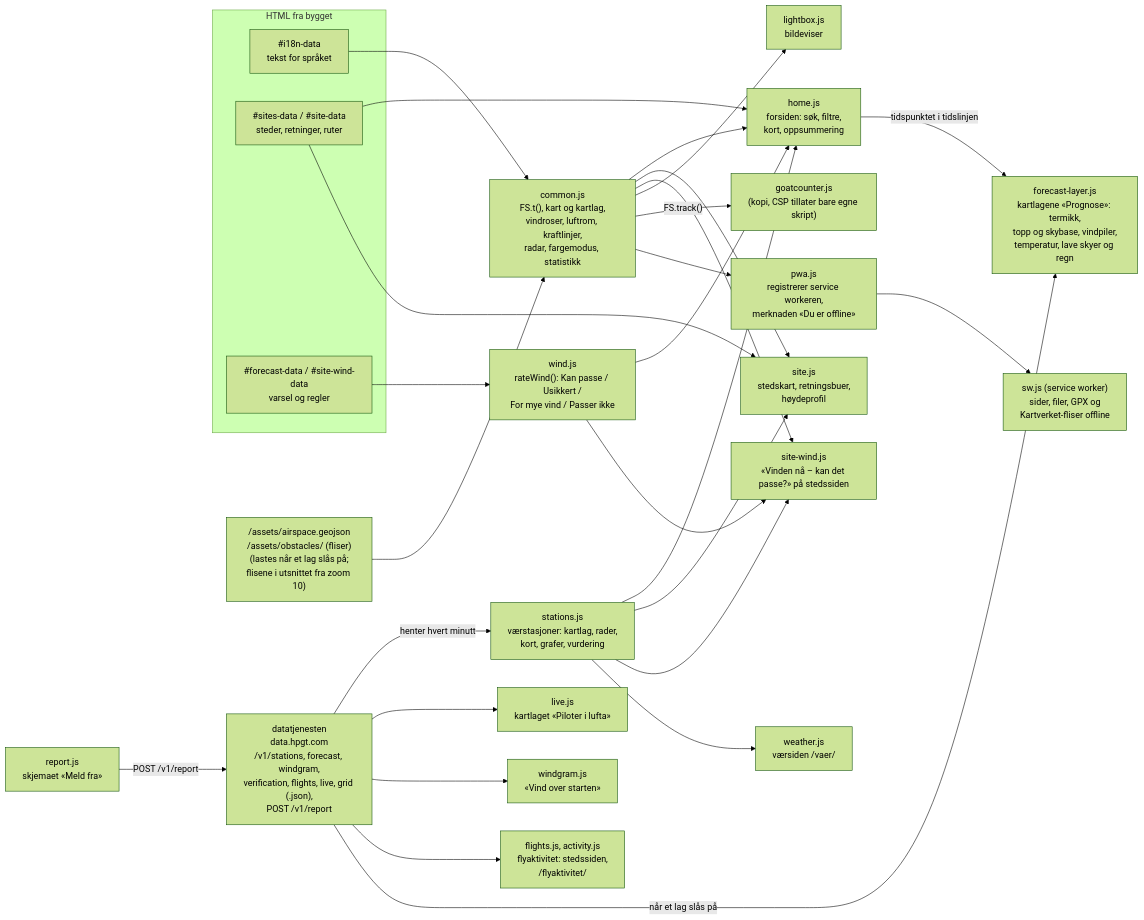
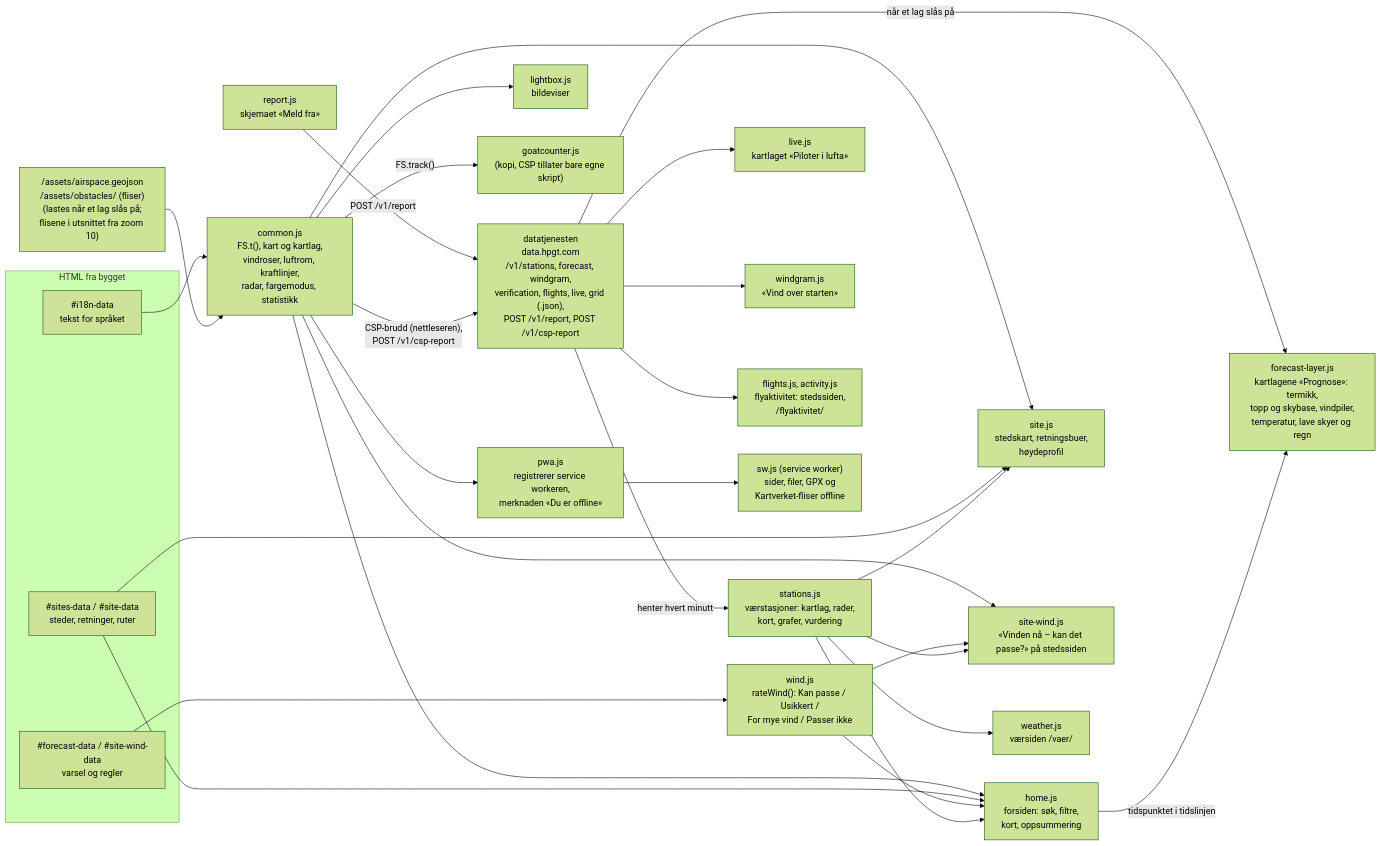
One commit to hpgt-com/flying-sites changed the third of 7 diagrams in docs/architecture.md. Above: the diagram before and after it, drawn with Mermaid (forest theme). The commit also changed other lines of this file and 8 other files, not shown here.

First line of the commit message:
CSP-rapporter til datatjenesten og Trusted Types i report-only (#319)

````diff
--- a/docs/architecture.md
+++ b/docs/architecture.md
@@ -142,40 +142,41 @@
 ```mermaid
 flowchart LR
   subgraph page["HTML fra bygget"]
     j1["#i18n-data<br/>tekst for språket"]
     j2["#sites-data / #site-data<br/>steder, retninger, ruter"]
     j3["#forecast-data / #site-wind-data<br/>varsel og regler"]
   end
 
   common["common.js<br/>FS.t(), kart og kartlag,<br/>vindroser, luftrom, kraftlinjer,<br/>radar, fargemodus, statistikk"]
   assets["/assets/airspace.geojson<br/>/assets/obstacles/ (fliser)<br/>(lastes når et lag slås på;<br/>flisene i utsnittet fra zoom 10)"]
   wind["wind.js<br/>rateWind(): Kan passe / Usikkert /<br/>For mye vind / Passer ikke"]
   home["home.js<br/>forsiden: søk, filtre,<br/>kort, oppsummering"]
   site["site.js<br/>stedskart, retningsbuer,<br/>høydeprofil"]
   sitewind["site-wind.js<br/>«Vinden nå – kan det passe?» på stedssiden"]
   stations["stations.js<br/>værstasjoner: kartlag, rader,<br/>kort, grafer, vurdering"]
   weather["weather.js<br/>værsiden /vaer/"]
-  data["datatjenesten<br/>data.hpgt.com<br/>/v1/stations, forecast, windgram,<br/>verification, flights, live, grid (.json),<br/>POST /v1/report"]
+  data["datatjenesten<br/>data.hpgt.com<br/>/v1/stations, forecast, windgram,<br/>verification, flights, live, grid (.json),<br/>POST /v1/report, POST /v1/csp-report"]
   live["live.js<br/>kartlaget «Piloter i lufta»"]
   forecastlayer["forecast-layer.js<br/>kartlagene «Prognose»: termikk,<br/>topp og skybase, vindpiler,<br/>temperatur, lave skyer og regn"]
   windgram["windgram.js<br/>«Vind over starten»"]
   flights["flights.js, activity.js<br/>flyaktivitet: stedssiden,<br/>/flyaktivitet/"]
   report["report.js<br/>skjemaet «Meld fra»"]
   lightbox["lightbox.js<br/>bildeviser"]
   goat["goatcounter.js<br/>(kopi, CSP tillater bare egne skript)"]
   pwa["pwa.js<br/>registrerer service workeren,<br/>merknaden «Du er offline»"]
   sw["sw.js (service worker)<br/>sider, filer, GPX og<br/>Kartverket-fliser offline"]
 
   j1 --> common
   assets --> common
   common --> home & site & sitewind & lightbox
   j2 --> home & site
   j3 --> wind --> home & sitewind
   data -- "henter hvert minutt" --> stations --> home & site & sitewind & weather
   data --> live & windgram & flights
   data -- "når et lag slås på" --> forecastlayer
   home -- "tidspunktet i tidslinjen" --> forecastlayer
   report -- "POST /v1/report" --> data
+  common -- "CSP-brudd (nettleseren),<br/>POST /v1/csp-report" --> data
   common -- "FS.track()" --> goat
   common --> pwa --> sw
 ```
````
